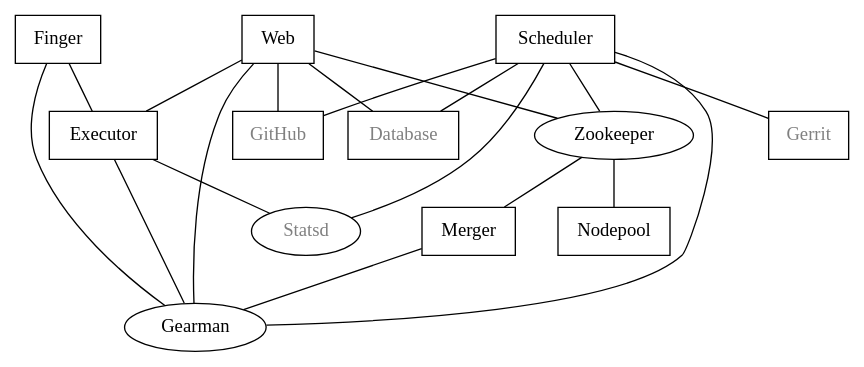
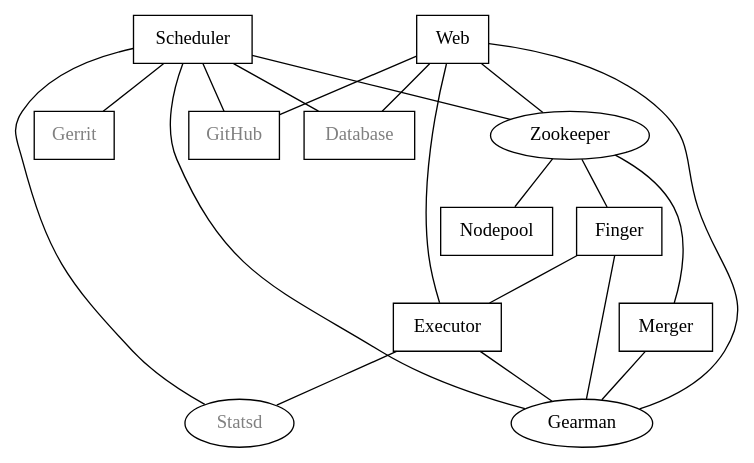
The diagram in doc/source/discussion/components.rst (blurrycontour/zuul-gerrit), drawn with Graphviz before and after one commit. The commit also changed 3 other files, not shown here.

```diff
--- a/doc/source/discussion/components.rst
+++ b/doc/source/discussion/components.rst
@@ -19,38 +19,39 @@
 .. graphviz::
    :align: center
 
    graph  {
       node [shape=box]
       Database [fontcolor=grey]
       Executor [href="#executor"]
       Finger [href="#finger-gateway"]
       Gearman [shape=ellipse]
       Gerrit [fontcolor=grey]
       Merger [href="#merger"]
       Statsd [shape=ellipse fontcolor=grey]
       Scheduler [href="#scheduler"]
       Zookeeper [shape=ellipse]
       Nodepool
       GitHub [fontcolor=grey]
       Web [href="#web-server"]
 
       Merger -- Gearman
       Executor -- Gearman
       Executor -- Statsd
       Web -- Database
       Web -- Gearman
       Web -- GitHub
       Web -- Zookeeper
       Web -- Executor
       Finger -- Gearman
       Finger -- Executor
 
       Gearman -- Scheduler;
       Scheduler -- Database;
       Scheduler -- Gerrit;
       Scheduler -- Zookeeper;
+      Zookeeper -- Finger;
       Zookeeper -- Merger
       Zookeeper -- Nodepool;
       Scheduler -- GitHub;
       Scheduler -- Statsd;
    }
```
